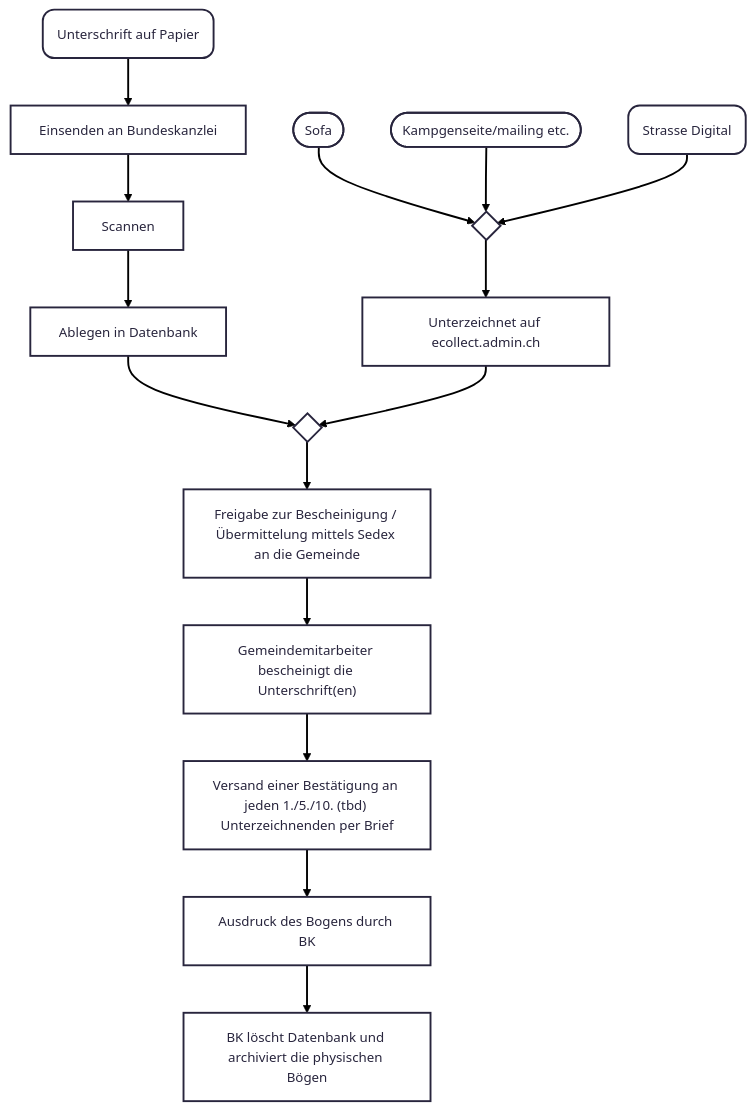
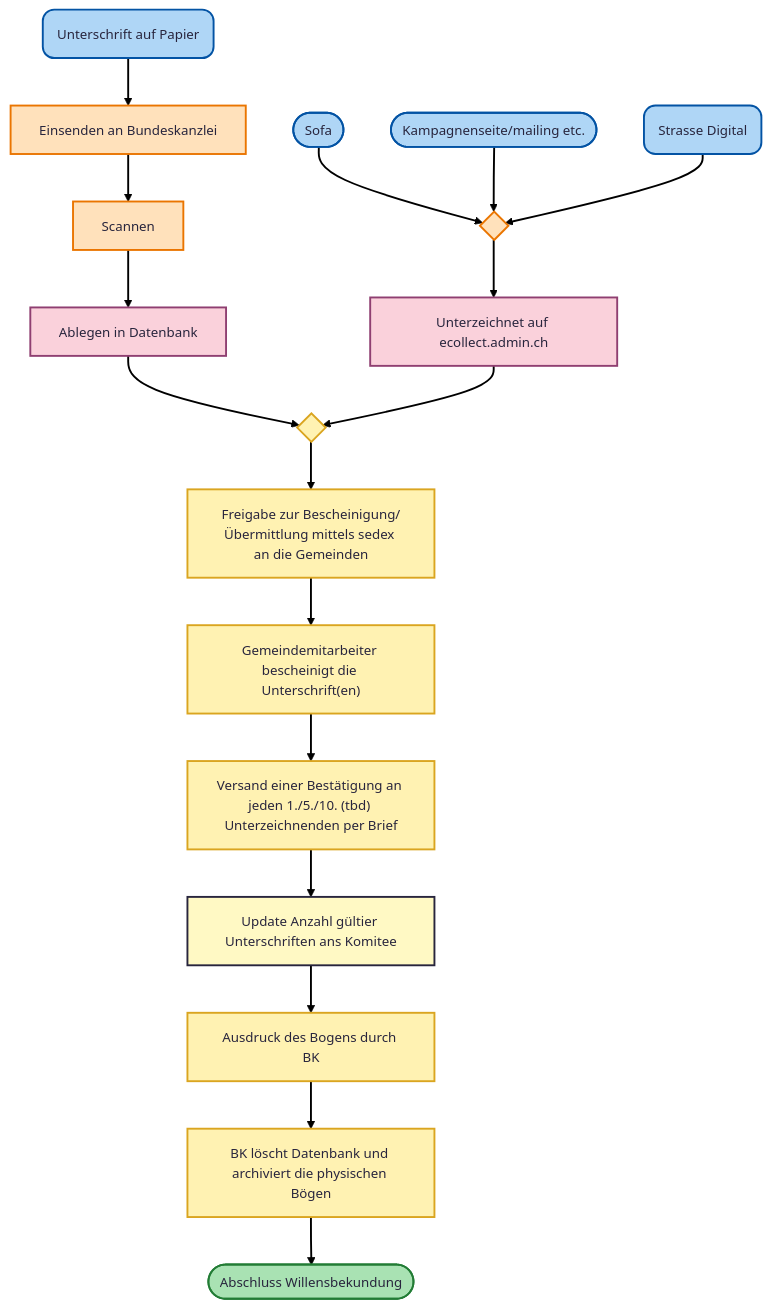
One commit to swiss/e-collecting-hackathon-team5 changed the first of 2 diagrams in README.md. Above: the diagram before and after it, drawn with Mermaid. The commit also changed other lines of this file, not shown here.

````diff
--- a/README.md
+++ b/README.md
@@ -24,29 +24,58 @@
 ```mermaid
 ---
 config:
   theme: redux
 ---
 flowchart TD
     A(["Sofa"]) --> B{" "}
     B --> C["Unterzeichnet auf ecollect.admin.ch"]
-    n4(["Kampgenseite/mailing etc."]) --> B
+    n4(["Kampagnenseite/mailing etc."]) --> B
     n2["Strasse Digital"] --> B
     n5["Unterschrift auf Papier"] --> n6["Einsenden an Bundeskanzlei"]
     n6 --> n7["Scannen"]
     n7 --> n8["Ablegen in Datenbank"]
     n8 --> n9[" "]
-    n9 --> n10["Freigabe zur Bescheinigung / Übermittelung mittels Sedex an die Gemeinde"]
+    n9 --> n10["Freigabe zur Bescheinigung/Übermittlung mittels sedex an die Gemeinden"]
     C --> n9
     n10 --> n11["Gemeindemitarbeiter bescheinigt die Unterschrift(en)"]
     n11 --> n12["Versand einer Bestätigung an jeden 1./5./10. (tbd) Unterzeichnenden per Brief"]
-    n12 --> n13["Ausdruck des Bogens durch BK"]
-    n13 --> n14["BK löscht Datenbank und archiviert die physischen Bögen"]
+    n12 --> n16["Update Anzahl gültier Unterschriften ans Komitee"]
+    n13["Ausdruck des Bogens durch BK"] --> n14["BK löscht Datenbank und archiviert die physischen Bögen"]
+    n14 --> n15(["Abschluss Willensbekundung"])
+    n16 --> n13
     n2@{ shape: rounded}
     n5@{ shape: rounded}
     n6@{ shape: rect}
     n7@{ shape: rect}
     n9@{ shape: diam}
     n11@{ shape: rect}
     n12@{ shape: rect}
     n13@{ shape: rect}
+     A:::blue
+     B:::orange
+     C:::pink
+     n4:::blue
+     n2:::blue
+     n5:::blue
+     n6:::orange
+     n7:::orange
+     n8:::pink
+     n9:::yellow
+     n10:::yellow
+     n11:::yellow
+     n12:::yellow
+     n13:::yellow
+     n14:::yellow
+     n15:::green
+    classDef blue fill:#afd6f6,stroke:#0353a4,stroke-width:2px
+    classDef green fill:#a9e2b3,stroke:#227c35,stroke-width:2px
+    classDef yellow fill:#fff2b2,stroke:#daa520,stroke-width:2px
+    classDef orange fill:#ffe1bb,stroke:#ea7500,stroke-width:2px
+    classDef pink fill:#fad1db,stroke:#8f3f71,stroke-width:2px
+    classDef purple fill:#dacafd,stroke:#7846b6,stroke-width:2px
+    classDef teal fill:#c0ecef,stroke:#138496,stroke-width:2px
+    classDef red fill:#ffd6d6,stroke:#bc1b1b,stroke-width:2px
+    classDef brown fill:#efd8c2,stroke:#8b5e3c,stroke-width:2px
+    style n16 fill:#FFF9C4
+
 ```
````
